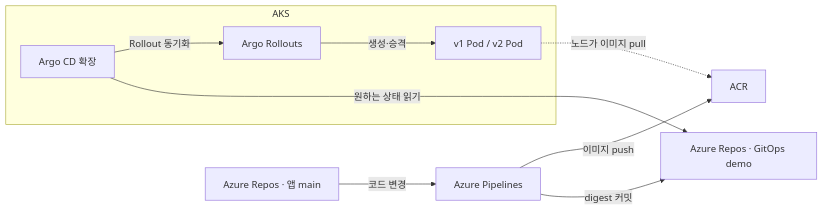
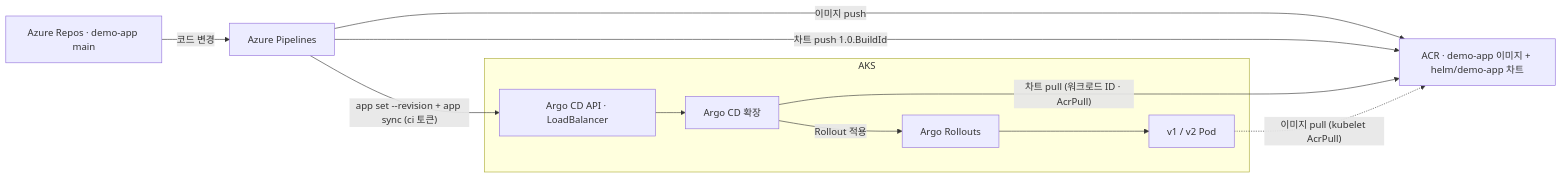
One commit to freeman9844/dev-aks-argo-01 changed the diagram in README.md. Above: the diagram before and after it, drawn with Mermaid. The commit also changed other lines of this file and 15 other files, not shown here.

````diff
--- a/README.md
+++ b/README.md
@@ -19,12 +32,14 @@
 ```mermaid
 flowchart LR
-  app["Azure Repos · 앱 main"] -->|코드 변경| ci["Azure Pipelines"]
-  ci -->|이미지 push| acr["ACR"]
-  ci -->|digest 커밋| gitops["Azure Repos · GitOps demo"]
+  app["Azure Repos · demo-app main"] -->|코드 변경| ci["Azure Pipelines"]
+  ci -->|이미지 push| acr["ACR · demo-app 이미지 + helm/demo-app 차트"]
+  ci -->|차트 push 1.0.BuildId| acr
+  ci -->|"app set --revision + app sync (ci 토큰)"| api["Argo CD API · LoadBalancer"]
   subgraph aks["AKS"]
-    cd["Argo CD 확장"] -->|Rollout 동기화| ro["Argo Rollouts"]
-    ro -->|생성·승격| pods["v1 Pod / v2 Pod"]
+    api --> cd["Argo CD 확장"]
+    cd -->|Rollout 적용| ro["Argo Rollouts"]
+    ro --> pods["v1 / v2 Pod"]
   end
-  cd -->|원하는 상태 읽기| gitops
-  pods -. 노드가 이미지 pull .-> acr
+  cd -->|"차트 pull (워크로드 ID · AcrPull)"| acr
+  pods -. 이미지 pull (kubelet AcrPull) .-> acr
 ```
````
